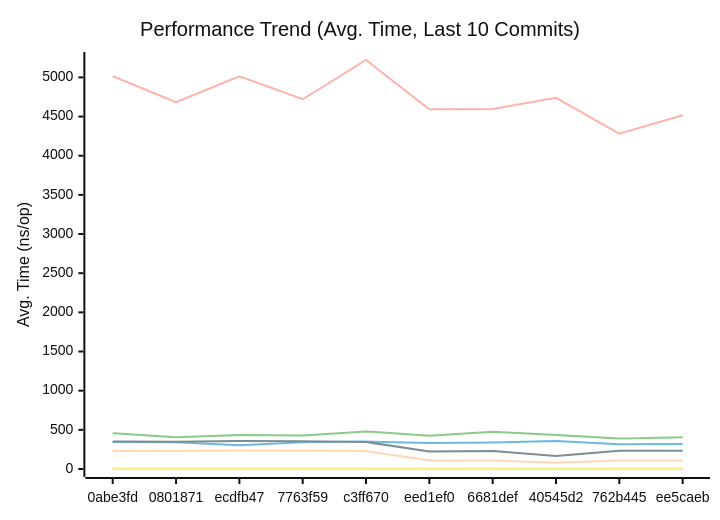
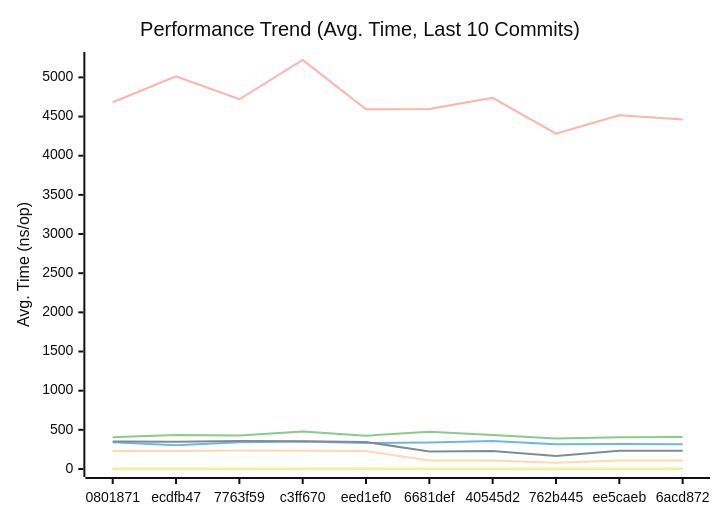
One commit to alsotoes/momo changed the first of 3 diagrams in docs/PERFORMANCE.md. Above: the diagram before and after it, drawn with Mermaid (neutral theme). The commit also changed other lines of this file and 1 other file, not shown here.

````diff
--- a/docs/PERFORMANCE.md
+++ b/docs/PERFORMANCE.md
@@ -80,16 +80,16 @@
 ```mermaid
 xychart-beta
     title "Performance Trend (Avg. Time, Last 10 Commits)"
     x-axis "Commit"
     y-axis "Avg. Time (ns/op)"
-    x-axis [0abe3fd,0801871,ecdfb47,7763f59,c3ff670,eed1ef0,6681def,40545d2,762b445,ee5caeb]
-    line "CheckMetricsAndSwap" [8,11,9,9,8,9,10,9,7,8]
-    line "CrushOptimized" [346,342,303,340,351,332,337,356,316,320]
-    line "CrushOriginal" [458,405,434,429,480,425,474,434,388,406]
-    line "IndexDirectTracking" [0,1,0,0,0,0,0,0,0,0]
+    x-axis [0801871,ecdfb47,7763f59,c3ff670,eed1ef0,6681def,40545d2,762b445,ee5caeb,6acd872]
+    line "CheckMetricsAndSwap" [11,9,9,8,9,10,9,7,8,8]
+    line "CrushOptimized" [342,303,340,351,332,337,356,316,320,315]
+    line "CrushOriginal" [405,434,429,480,425,474,434,388,406,408]
+    line "IndexDirectTracking" [1,0,0,0,0,0,0,0,0,0]
     line "IndexSearch" [2,2,2,2,2,2,2,2,2,2]
-    line "LoadGlobalConfig" [5015,4683,5014,4721,5222,4592,4595,4739,4281,4517]
+    line "LoadGlobalConfig" [4683,5014,4721,5222,4592,4595,4739,4281,4517,4463]
     line "PadString" [2,2,2,2,2,2,2,2,2,2]
     line "ParseReplicationOrder_NoPrealloc" [350,349,357,354,345,225,229,165,232,234]
     line "ParseReplicationOrder_Prealloc" [229,231,237,234,229,108,107,80,110,109]
 ```
````
